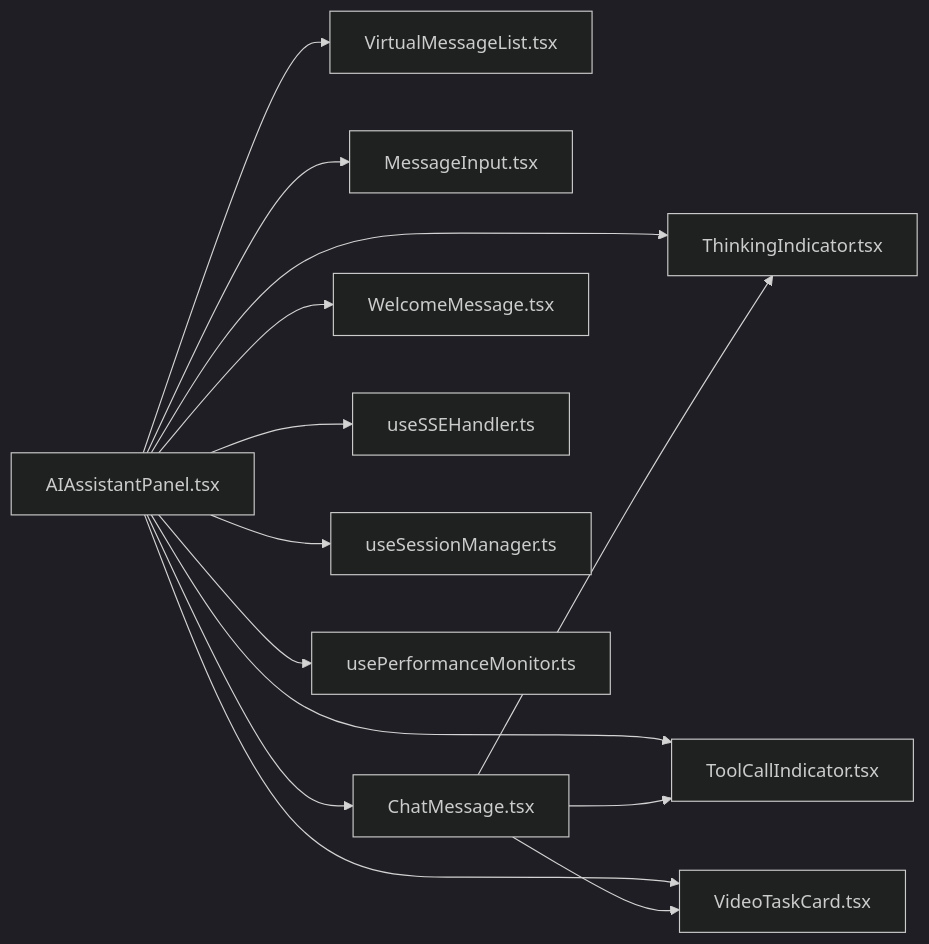
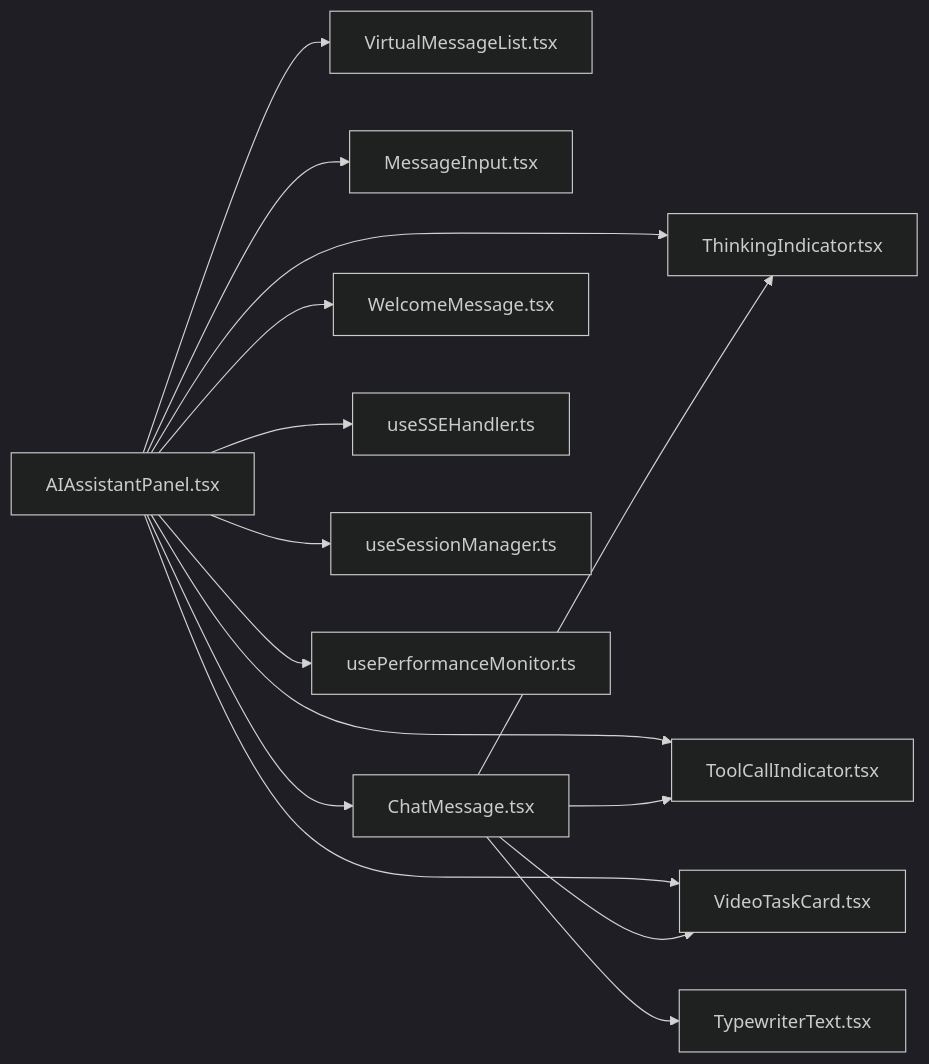
The ninth of 9 diagrams in .qoder/repowiki/zh/content/前端组件系统/AI助手组件/AI助手组件.md (KunLabAI/KunFlix), drawn with Mermaid (dark theme) before and after one commit. The commit also changed other lines of this file and 78 other files, not shown here.

````diff
--- a/.qoder/repowiki/zh/content/前端组件系统/AI助手组件/AI助手组件.md
+++ b/.qoder/repowiki/zh/content/前端组件系统/AI助手组件/AI助手组件.md
@@ -380,16 +415,17 @@
 ```mermaid
 graph LR
 AIP["AIAssistantPanel.tsx"] --> VML["VirtualMessageList.tsx"]
 AIP --> MI["MessageInput.tsx"]
 AIP --> CM["ChatMessage.tsx"]
 AIP --> WM["WelcomeMessage.tsx"]
 AIP --> VTC["VideoTaskCard.tsx"]
 AIP --> TI["ThinkingIndicator.tsx"]
 AIP --> TCI["ToolCallIndicator.tsx"]
 AIP --> SSE["useSSEHandler.ts"]
 AIP --> SM["useSessionManager.ts"]
 AIP --> PM["usePerformanceMonitor.ts"]
 CM --> TI
 CM --> TCI
 CM --> VTC
+CM --> TT["TypewriterText.tsx"]
 ```
````
